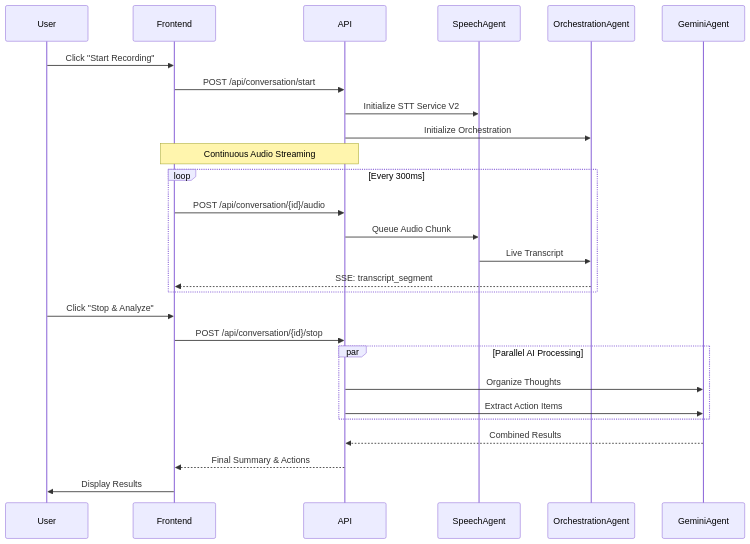
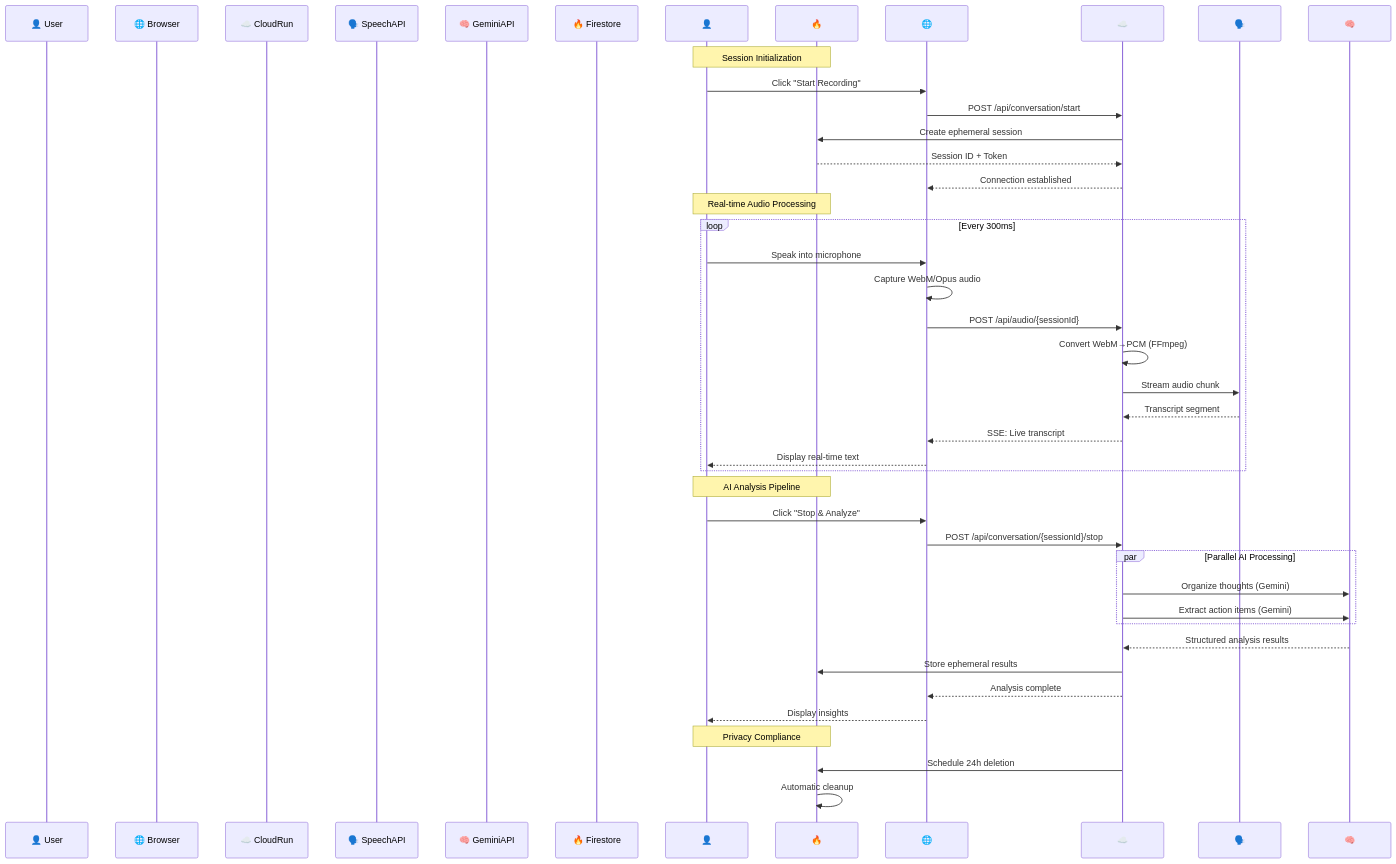
One commit to avni-salhotra/econome changed the second of 3 diagrams in docs/ARCHITECTURE.md. Above: the diagram before and after it, drawn with Mermaid. The commit also changed other lines of this file and 6 other files, not shown here.

````diff
--- a/docs/ARCHITECTURE.md
+++ b/docs/ARCHITECTURE.md
@@ -115,34 +103,46 @@
 ```mermaid
 sequenceDiagram
-    participant User
-    participant Frontend
-    participant API
-    participant SpeechAgent
-    participant OrchestrationAgent
-    participant GeminiAgent
+    participant 👤 User
+    participant 🌐 Browser
+    participant ☁️ CloudRun
+    participant 🗣️ SpeechAPI
+    participant 🧠 GeminiAPI
+    participant 🔥 Firestore
     
-    User->>Frontend: Click "Start Recording"
-    Frontend->>API: POST /api/conversation/start
-    API->>SpeechAgent: Initialize STT Service V2
-    API->>OrchestrationAgent: Initialize Orchestration
+    Note over 👤,🔥: Session Initialization
+    👤->>🌐: Click "Start Recording"
+    🌐->>☁️: POST /api/conversation/start
+    ☁️->>🔥: Create ephemeral session
+    🔥-->>☁️: Session ID + Token
+    ☁️-->>🌐: Connection established
     
-    Note over Frontend,API: Continuous Audio Streaming
+    Note over 👤,🔥: Real-time Audio Processing
     loop Every 300ms
-        Frontend->>API: POST /api/conversation/{id}/audio
-        API->>SpeechAgent: Queue Audio Chunk
-        SpeechAgent->>OrchestrationAgent: Live Transcript
-        OrchestrationAgent-->>Frontend: SSE: transcript_segment
+        👤->>🌐: Speak into microphone
+        🌐->>🌐: Capture WebM/Opus audio
+        🌐->>☁️: POST /api/audio/{sessionId}
+        ☁️->>☁️: Convert WebM→PCM (FFmpeg)
+        ☁️->>🗣️: Stream audio chunk
+        🗣️-->>☁️: Transcript segment
+        ☁️-->>🌐: SSE: Live transcript
+        🌐-->>👤: Display real-time text
     end
     
-    User->>Frontend: Click "Stop & Analyze"
-    Frontend->>API: POST /api/conversation/{id}/stop
+    Note over 👤,🔥: AI Analysis Pipeline
+    👤->>🌐: Click "Stop & Analyze"
+    🌐->>☁️: POST /api/conversation/{sessionId}/stop
     
     par Parallel AI Processing
-        API->>GeminiAgent: Organize Thoughts
-        API->>GeminiAgent: Extract Action Items
+        ☁️->>🧠: Organize thoughts (Gemini)
+        ☁️->>🧠: Extract action items (Gemini)
     end
     
-    GeminiAgent-->>API: Combined Results
-    API-->>Frontend: Final Summary & Actions
-    Frontend->>User: Display Results
+    🧠-->>☁️: Structured analysis results
+    ☁️->>🔥: Store ephemeral results
+    ☁️-->>🌐: Analysis complete
+    🌐-->>👤: Display insights
+    
+    Note over 👤,🔥: Privacy Compliance
+    ☁️->>🔥: Schedule 24h deletion
+    🔥->>🔥: Automatic cleanup
 ```
````
